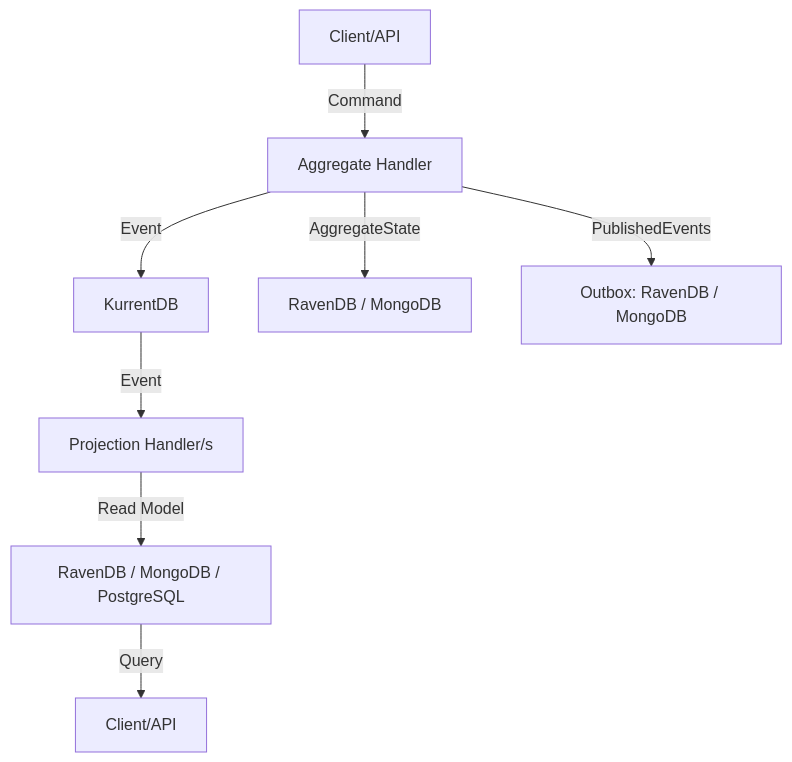
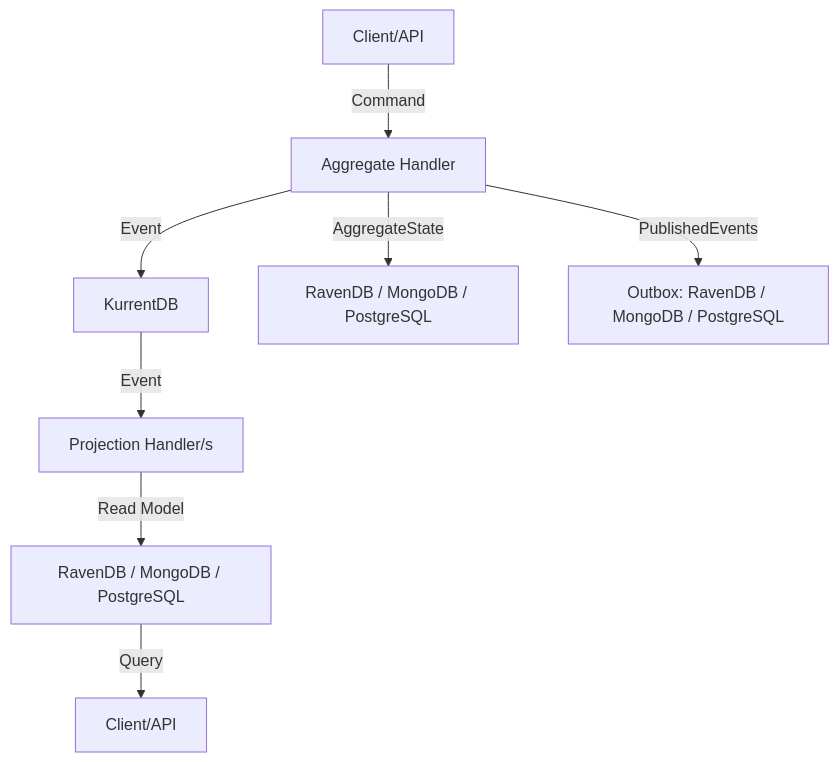
Before and after one commit to si-informational-systems/Rosetta: the diagram in README.md, drawn with Mermaid. The commit also changed other lines of this file and 48 other files, not shown here.

````diff
--- a/README.md
+++ b/README.md
@@ -38,10 +38,10 @@
 ```mermaid
 graph TD
     A[Client/API] -->|Command| B[Aggregate Handler]
     B -->|Event| C[KurrentDB]
-    B -->|AggregateState| G[RavenDB / MongoDB]
-    B -->|PublishedEvents| H[Outbox: RavenDB / MongoDB]
+    B -->|AggregateState| G[RavenDB / MongoDB / PostgreSQL]
+    B -->|PublishedEvents| H[Outbox: RavenDB / MongoDB / PostgreSQL]
     C -->|Event| D[Projection Handler/s]
     D -->|Read Model| E[RavenDB / MongoDB / PostgreSQL]
     E -->|Query| F[Client/API]
 ```
````
